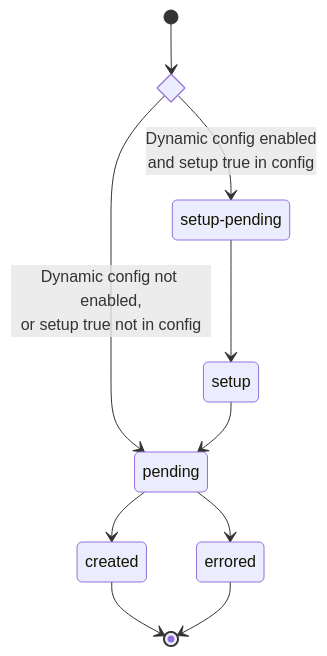
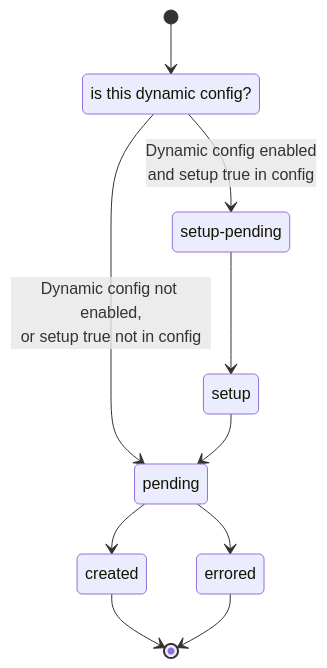
The diagram in docs/guides/modules/orchestrate/pages/pipelines.adoc (circleci/circleci-docs), drawn with Mermaid before and after one commit. The commit also changed 2 other files, not shown here.

Commit message:
fix up all state diagrams to have public-friendly names

```diff
--- a/docs/guides/modules/orchestrate/pages/pipelines.adoc
+++ b/docs/guides/modules/orchestrate/pages/pipelines.adoc
@@ -120,19 +122,18 @@
 [mermaid]
 ----
 stateDiagram-v2
+    direction TB
+    state "is this dynamic config?" as isdynamic
+    [*] --> isdynamic
     state "setup-pending" as setuppending
-
-    state type <<choice>>
-
-    [*] --> type
-    type --> setuppending : Dynamic config enabled<br/>and setup true in config
-    type --> pending : Dynamic config not enabled,<br/>or setup true not in config
+    isdynamic --> setuppending : Dynamic config enabled<br/>and setup true in config
+    isdynamic --> pending : Dynamic config not enabled,<br/>or setup true not in config
 
     setuppending --> setup
     setup --> pending
     pending --> created
     pending --> errored
     created --> [*]
     errored --> [*]
 
 ----
```
